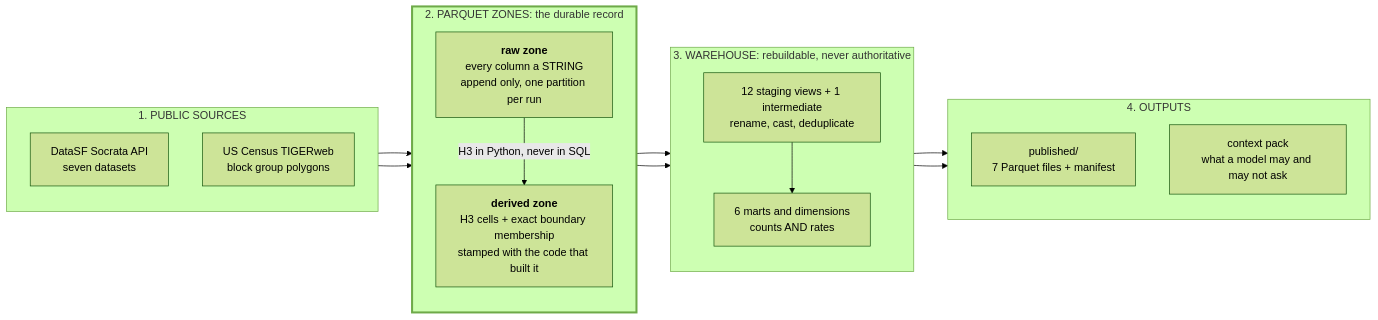
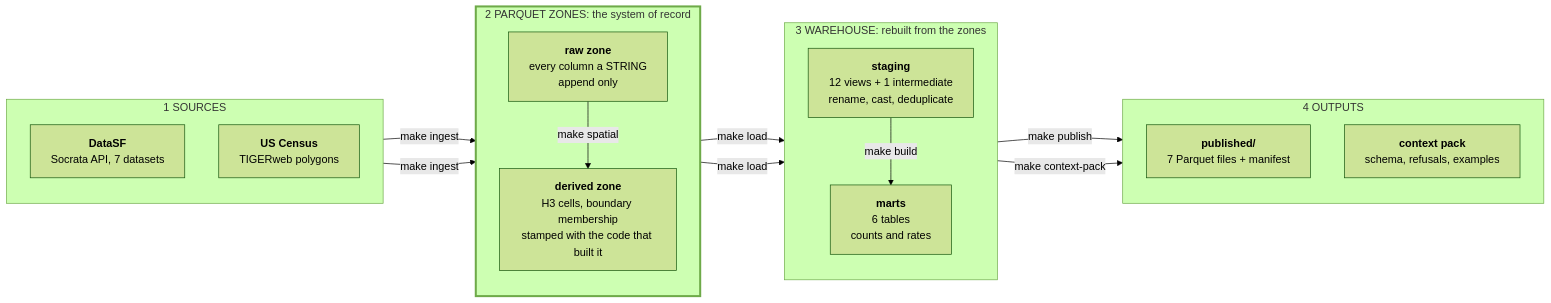
The first of 2 diagrams in README.md (mp321/sf-data-warehouse), drawn with Mermaid (forest theme) before and after one commit. The commit also changed other lines of this file and 5 other files, not shown here.

````diff
--- a/README.md
+++ b/README.md
@@ -60,37 +61,35 @@
 ```mermaid
 flowchart LR
-    subgraph SRC["1. PUBLIC SOURCES"]
+    subgraph SRC["1  SOURCES"]
         direction TB
-        S1["DataSF Socrata API<br/>seven datasets"]
-        S2["US Census TIGERweb<br/>block group polygons"]
+        S1["<b>DataSF</b><br/>Socrata API, 7 datasets"]
+        S2["<b>US Census</b><br/>TIGERweb polygons"]
     end
 
-    subgraph ZONE["2. PARQUET ZONES: the durable record"]
+    subgraph ZONE["2  PARQUET ZONES: the system of record"]
         direction TB
-        Z1["<b>raw zone</b><br/>every column a STRING<br/>append only, one partition per run"]
-        Z2["<b>derived zone</b><br/>H3 cells + exact boundary membership<br/>stamped with the code that built it"]
+        Z1["<b>raw zone</b><br/>every column a STRING<br/>append only"]
+        Z2["<b>derived zone</b><br/>H3 cells, boundary membership<br/>stamped with the code that built it"]
     end
 
-    subgraph WH["3. WAREHOUSE: rebuildable, never authoritative"]
+    subgraph WH["3  WAREHOUSE: rebuilt from the zones"]
         direction TB
-        W1["12 staging views + 1 intermediate<br/>rename, cast, deduplicate"]
-        W2["6 marts and dimensions<br/>counts AND rates"]
+        W1["<b>staging</b><br/>12 views + 1 intermediate<br/>rename, cast, deduplicate"]
+        W2["<b>marts</b><br/>6 tables<br/>counts and rates"]
     end
 
-    subgraph OUT["4. OUTPUTS"]
+    subgraph OUT["4  OUTPUTS"]
         direction TB
-        O1["published/<br/>7 Parquet files + manifest"]
-        O2["context pack<br/>what a model may and may not ask"]
+        O1["<b>published/</b><br/>7 Parquet files + manifest"]
+        O2["<b>context pack</b><br/>schema, refusals, examples"]
     end
 
-    S1 --> Z1
-    S2 --> Z1
-    Z1 -- "H3 in Python, never in SQL" --> Z2
-    Z1 --> W1
-    Z2 --> W1
-    W1 --> W2
-    W2 --> O1
-    W2 --> O2
+    S1 & S2 -- "make ingest" --> Z1
+    Z1 -- "make spatial" --> Z2
+    Z1 & Z2 -- "make load" --> W1
+    W1 -- "make build" --> W2
+    W2 -- "make publish" --> O1
+    W2 -- "make context-pack" --> O2
 
     style ZONE stroke-width:3px
 ```
````
